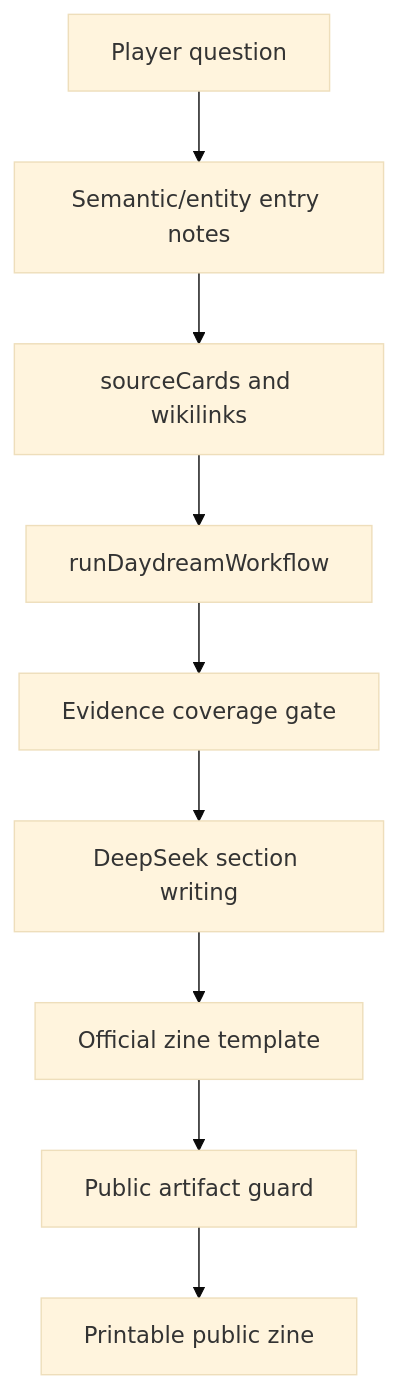
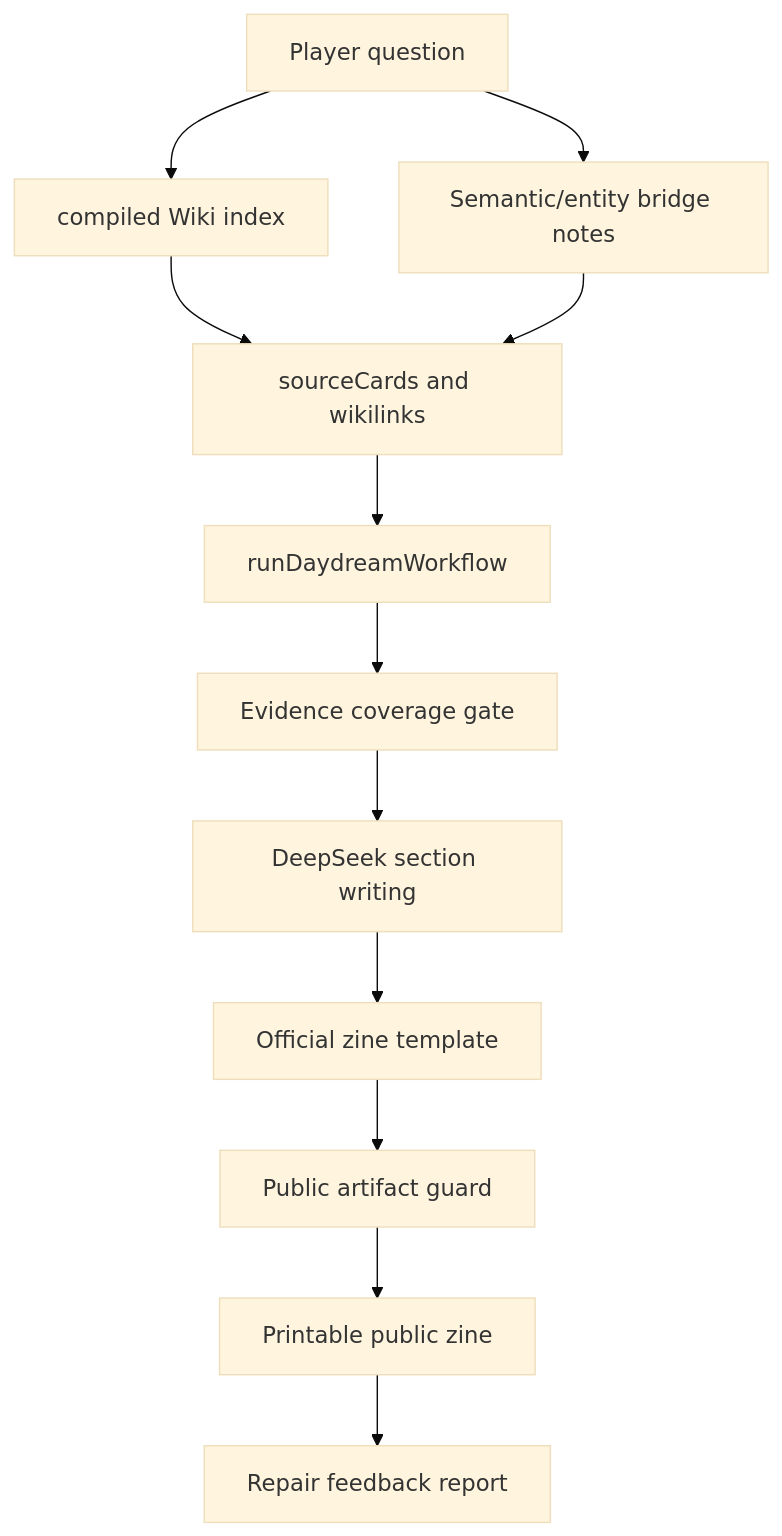
Before and after one commit to weiweiweiopen/peach-blossom-spring: the second of 3 diagrams in obsidian-vault/PBS Wiki Visual Dashboard.md, drawn with Mermaid (base theme). The commit also changed other lines of this file and 26 other files, not shown here.

Commit message:
Thicken compiled wiki middle layer

````diff
--- a/obsidian-vault/PBS Wiki Visual Dashboard.md
+++ b/obsidian-vault/PBS Wiki Visual Dashboard.md
@@ -37,11 +56,14 @@
 ```mermaid
 graph TD
-  Q[Player question] --> Entry[Semantic/entity entry notes]
-  Entry --> Cards[sourceCards and wikilinks]
+  Q[Player question] --> WikiIndex[compiled Wiki index]
+  Q --> Entry[Semantic/entity bridge notes]
+  WikiIndex --> Cards[sourceCards and wikilinks]
+  Entry --> Cards
   Cards --> Workflow[runDaydreamWorkflow]
   Workflow --> Gate[Evidence coverage gate]
   Gate --> LLM[DeepSeek section writing]
   LLM --> Template[Official zine template]
   Template --> Guard[Public artifact guard]
   Guard --> Output[Printable public zine]
+  Output --> Repair[Repair feedback report]
 ```
````
